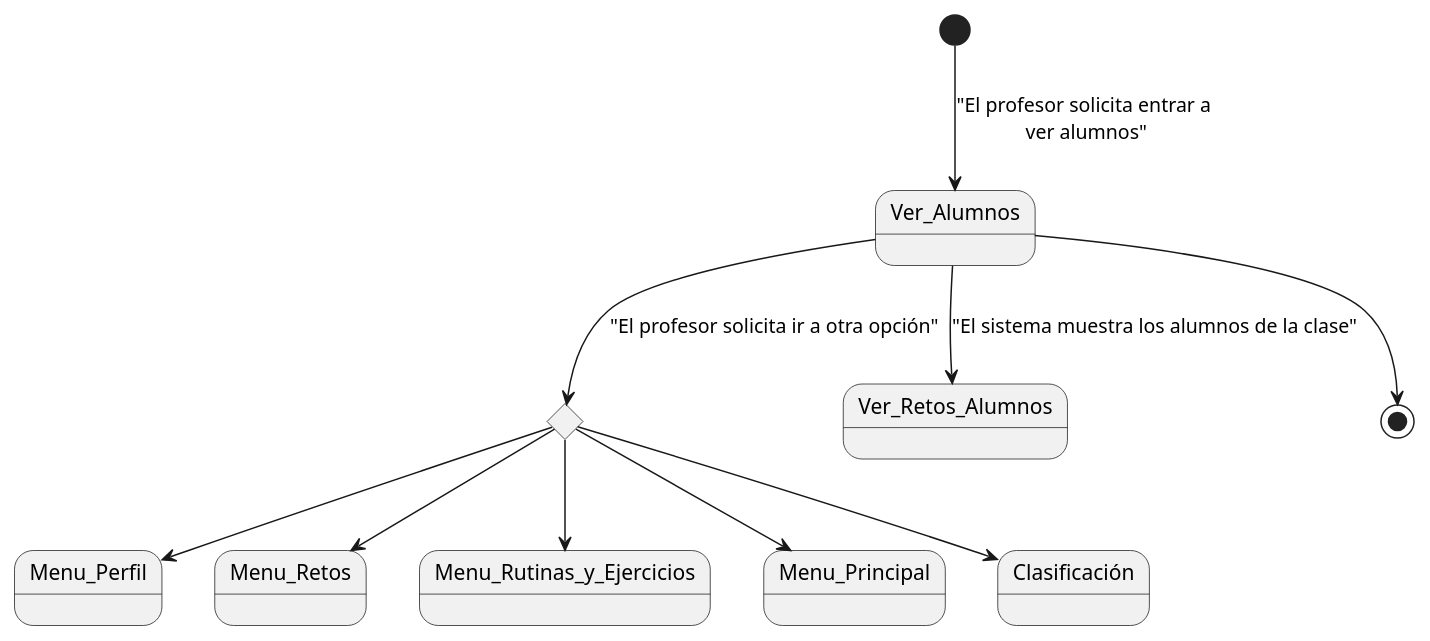
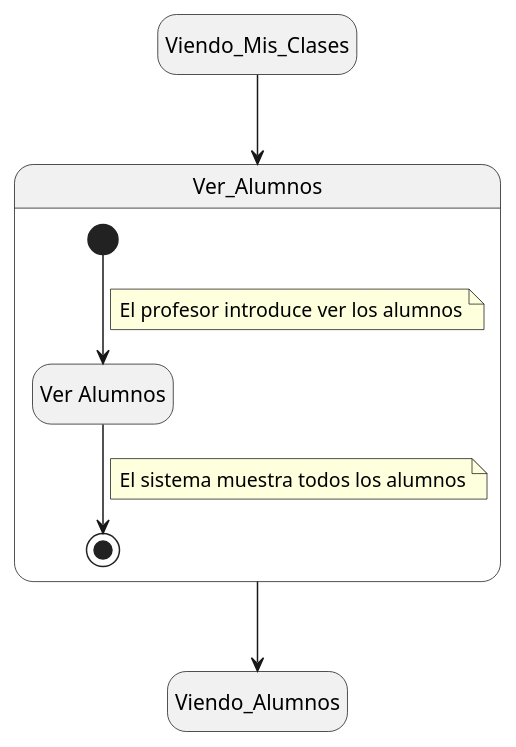
One commit to mmasias/24-25-IdSw1-SDR changed the diagram in Documentos/DetallarCasosDeUso/Profesor/Ver_Alumnos.puml. Above: the diagram before and after it, drawn with PlantUML. The commit also changed 1 other file, not shown here.

Commit message:
Ver_Alumnos

```diff
--- a/Documentos/DetallarCasosDeUso/Profesor/Ver_Alumnos.puml
+++ b/Documentos/DetallarCasosDeUso/Profesor/Ver_Alumnos.puml
@@ -1,24 +1,22 @@
-@startuml
-state Ver_Alumnos
-state rombo2 <<choice>>
-state Ver_Retos_Alumnos
-state Menu_Perfil
-state Menu_Retos
-state Menu_Rutinas_y_Ejercicios
-state Menu_Principal
-state Clasificación
+@startuml Ver_Alumnos
 
-[*] --> Ver_Alumnos : "El profesor solicita entrar a\n ver alumnos"
+hide empty description
 
-Ver_Alumnos --> Ver_Retos_Alumnos : "El sistema muestra los alumnos de la clase"
+state Viendo_Mis_Clases
+state Viendo_Alumnos
+state Ver_Alumnos {
+    state VerAlumnos as "Ver Alumnos"
+    [*] --> VerAlumnos
+    note on link
+        El profesor introduce ver los alumnos
+    end note
+    VerAlumnos --> [*]
+    note on link
+        El sistema muestra todos los alumnos
+    end note
+}
 
+Viendo_Mis_Clases --> Ver_Alumnos
+Ver_Alumnos --> Viendo_Alumnos
 
-
-Ver_Alumnos --> rombo2 : "El profesor solicita ir a otra opción"
-rombo2 --> Menu_Perfil
-rombo2 --> Menu_Retos
-rombo2 --> Menu_Rutinas_y_Ejercicios
-rombo2 --> Menu_Principal
-rombo2 --> Clasificación
-Ver_Alumnos-->[*]
 @enduml
```
